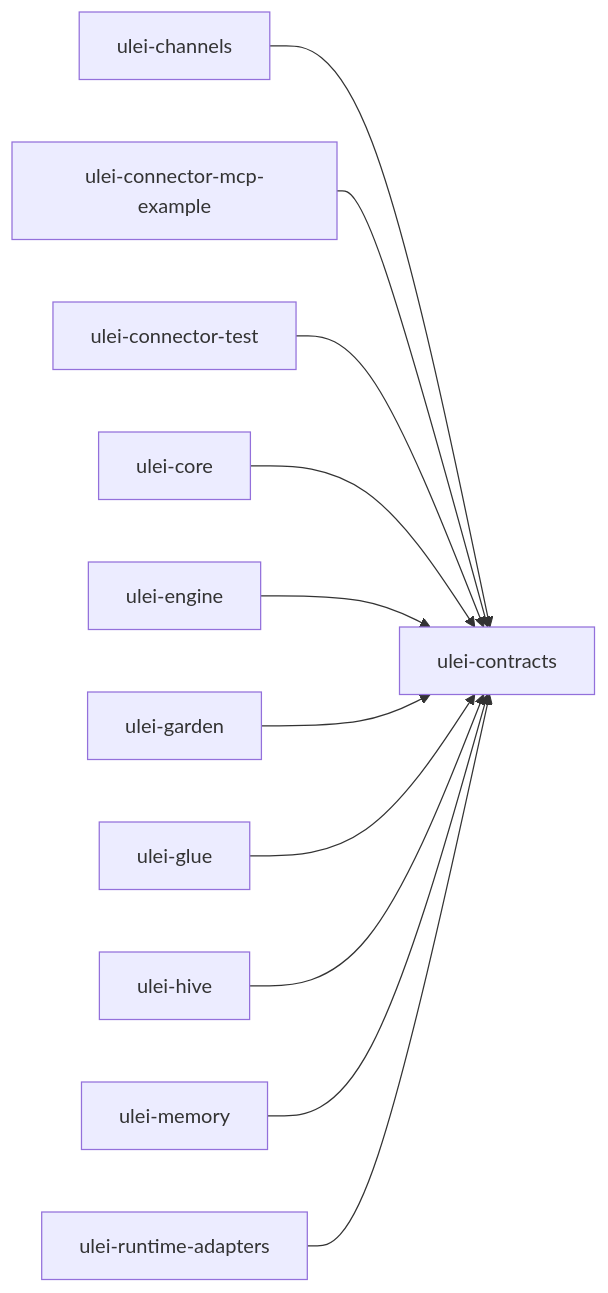
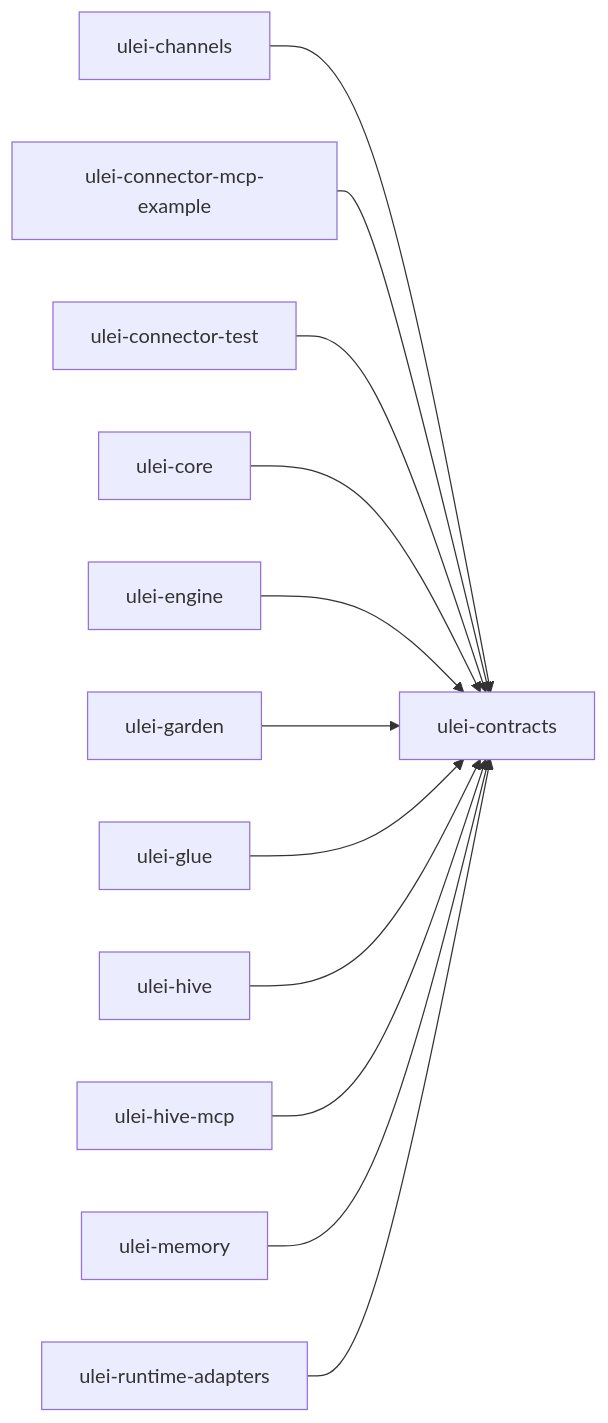
The diagram in docs/architecture/module-map.md (pasekahq/ulei), drawn with Mermaid before and after one commit. The commit also changed other lines of this file and 59 other files, not shown here.

First line of the commit message:
Add ulei-hive-mcp: the hive's five typed tools for the engine over MCP (#227)

````diff
--- a/docs/architecture/module-map.md
+++ b/docs/architecture/module-map.md
@@ -25,24 +26,26 @@
 ```mermaid
 graph LR
   ulei_channels["ulei-channels"]
   ulei_connector_mcp_example["ulei-connector-mcp-example"]
   ulei_connector_test["ulei-connector-test"]
   ulei_contracts["ulei-contracts"]
   ulei_core["ulei-core"]
   ulei_engine["ulei-engine"]
   ulei_garden["ulei-garden"]
   ulei_glue["ulei-glue"]
   ulei_hive["ulei-hive"]
+  ulei_hive_mcp["ulei-hive-mcp"]
   ulei_memory["ulei-memory"]
   ulei_runtime_adapters["ulei-runtime-adapters"]
   ulei_channels --> ulei_contracts
   ulei_connector_mcp_example --> ulei_contracts
   ulei_connector_test --> ulei_contracts
   ulei_core --> ulei_contracts
   ulei_engine --> ulei_contracts
   ulei_garden --> ulei_contracts
   ulei_glue --> ulei_contracts
   ulei_hive --> ulei_contracts
+  ulei_hive_mcp --> ulei_contracts
   ulei_memory --> ulei_contracts
   ulei_runtime_adapters --> ulei_contracts
 ```
````
